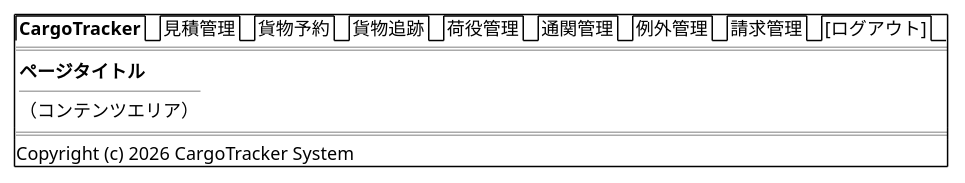
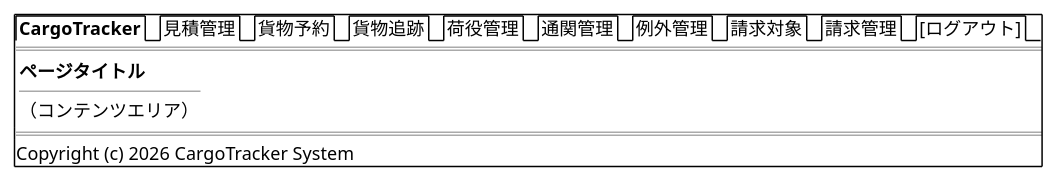
One commit to k2works/case-study-cargo-tracker changed the first of 27 diagrams in docs/design/ui_design.md. Above: the diagram before and after it, drawn with PlantUML. The commit also changed other lines of this file and 12 other files, not shown here.

````diff
--- a/docs/design/ui_design.md
+++ b/docs/design/ui_design.md
@@ -198,17 +200,17 @@
 ```plantuml
 @startsalt
 {+
-  {/ <b>CargoTracker</b> | 見積管理 | 貨物予約 | 貨物追跡 | 荷役管理 | 通関管理 | 例外管理 | 請求管理 | [ログアウト] }
+  {/ <b>CargoTracker</b> | 見積管理 | 貨物予約 | 貨物追跡 | 荷役管理 | 通関管理 | 例外管理 | 請求対象 | 請求管理 | [ログアウト] }
   ==
   {
     {
       **ページタイトル**
       ----
       （コンテンツエリア）
     }
   }
   ==
   Copyright (c) 2026 CargoTracker System
 }
 @endsalt
 ```
````
